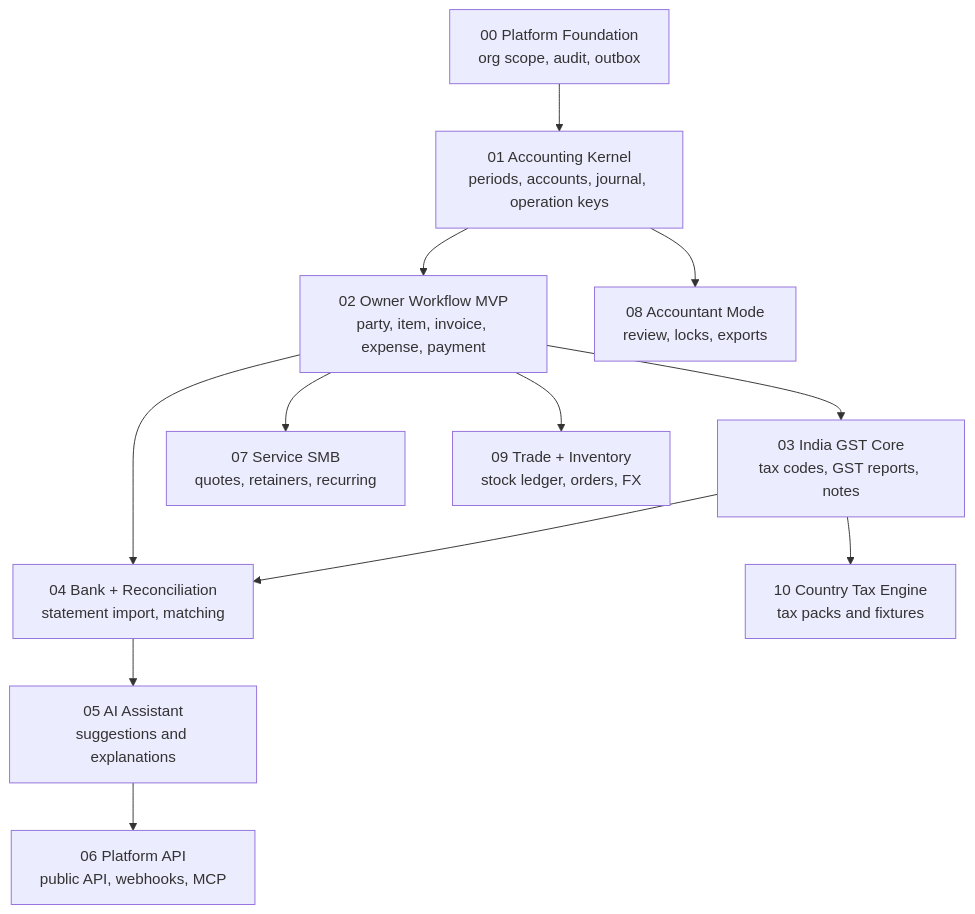
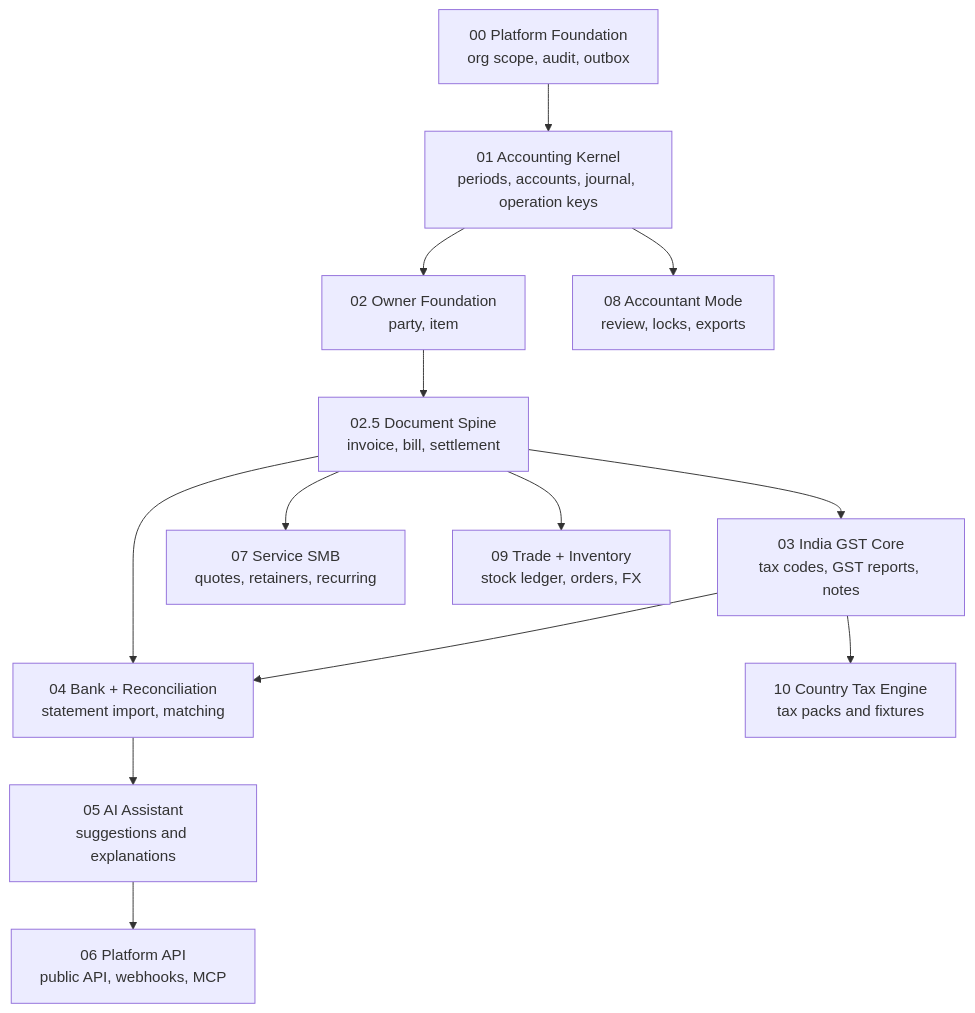
Before and after one commit to isherbuilds/edernal-books: the diagram in docs/superpowers/plans/2026-06-16-plan-set-index.md, drawn with Mermaid. The commit also changed other lines of this file and 44 other files, not shown here.

First line of the commit message:
docs: update phase 2.5 document spine guidance (#10)

````diff
--- a/docs/superpowers/plans/2026-06-16-plan-set-index.md
+++ b/docs/superpowers/plans/2026-06-16-plan-set-index.md
@@ -87,14 +101,15 @@
 ```mermaid
 flowchart TD
   P0["00 Platform Foundation<br/>org scope, audit, outbox"] --> P1["01 Accounting Kernel<br/>periods, accounts, journal, operation keys"]
-  P1 --> P2["02 Owner Workflow MVP<br/>party, item, invoice, expense, payment"]
-  P2 --> P3["03 India GST Core<br/>tax codes, GST reports, notes"]
-  P2 --> P4["04 Bank + Reconciliation<br/>statement import, matching"]
+  P1 --> P2["02 Owner Foundation<br/>party, item"]
+  P2 --> P25["02.5 Document Spine<br/>invoice, bill, settlement"]
+  P25 --> P3["03 India GST Core<br/>tax codes, GST reports, notes"]
+  P25 --> P4["04 Bank + Reconciliation<br/>statement import, matching"]
   P3 --> P4
   P4 --> P5["05 AI Assistant<br/>suggestions and explanations"]
   P5 --> P6["06 Platform API<br/>public API, webhooks, MCP"]
-  P2 --> P7["07 Service SMB<br/>quotes, retainers, recurring"]
+  P25 --> P7["07 Service SMB<br/>quotes, retainers, recurring"]
   P1 --> P8["08 Accountant Mode<br/>review, locks, exports"]
-  P2 --> P9["09 Trade + Inventory<br/>stock ledger, orders, FX"]
+  P25 --> P9["09 Trade + Inventory<br/>stock ledger, orders, FX"]
   P3 --> P10["10 Country Tax Engine<br/>tax packs and fixtures"]
 ```
````
